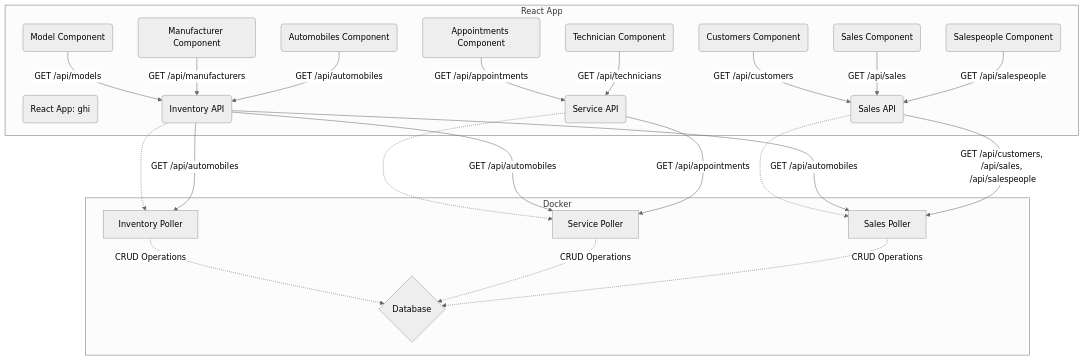
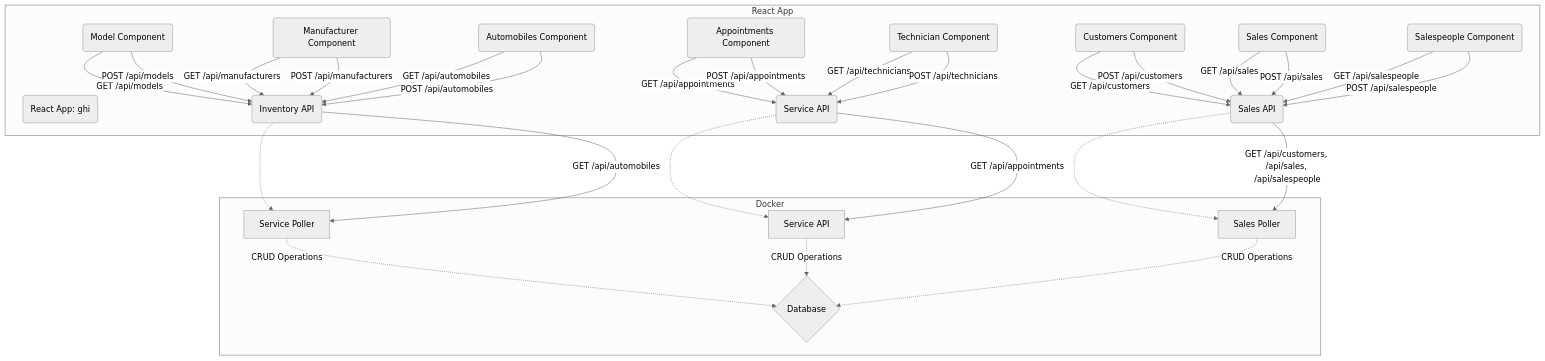
Before and after one commit to joshscott95/AutoFlow: the diagram in README.md, drawn with Mermaid (neutral theme).

Commit message:
readme diagram

````diff
--- a/README.md
+++ b/README.md
@@ -33,32 +33,37 @@
 ```mermaid
 graph TD;
 
     subgraph React App
         A(React App: ghi)
         A1(Model Component) -->|GET /api/models| B(Inventory API)
+        A1 -->|POST /api/models| B
         A2(Manufacturer Component) -->|GET /api/manufacturers| B
+        A2 -->|POST /api/manufacturers| B
         A3(Automobiles Component) -->|GET /api/automobiles| B
+        A3 -->|POST /api/automobiles| B
         A4(Appointments Component) -->|GET /api/appointments| C(Service API)
+        A4 -->|POST /api/appointments| C
         A5(Customers Component) -->|GET /api/customers| D(Sales API)
+        A5 -->|POST /api/customers| D
         A6(Sales Component) -->|GET /api/sales| D
+        A6 -->|POST /api/sales| D
         A7(Salespeople Component) -->|GET /api/salespeople| D
+        A7 -->|POST /api/salespeople| D
         A8(Technician Component) -->|GET /api/technicians| C
+        A8 -->|POST /api/technicians| C
     end
     
     subgraph Docker
-        B -.-> E1[Inventory Poller]
-        C -.-> E2[Service Poller]
+        B -.-> E1[Service Poller]
+        C -.-> E2[Service API]
         D -.-> E3[Sales Poller]
         F{Database}
         E1 -.->|CRUD Operations| F
         E2 -.->|CRUD Operations| F
         E3 -.->|CRUD Operations| F
     end
 
     B -->|GET /api/automobiles| E1
-    B -->|GET /api/automobiles| E2
-    B -->|GET /api/automobiles| E3
     C -->|GET /api/appointments| E2
     D -->|GET /api/customers, /api/sales, /api/salespeople| E3
-
 ```
````
